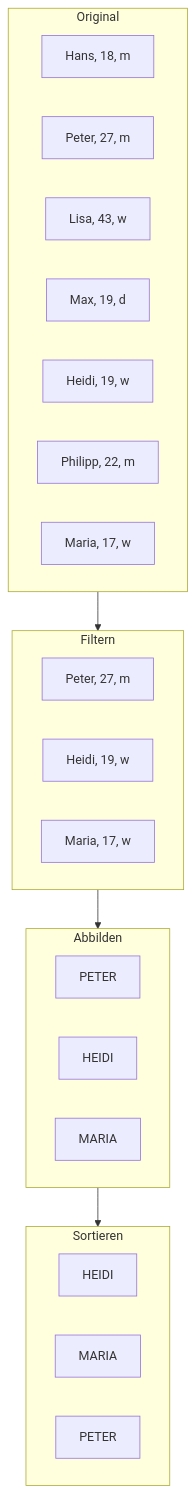
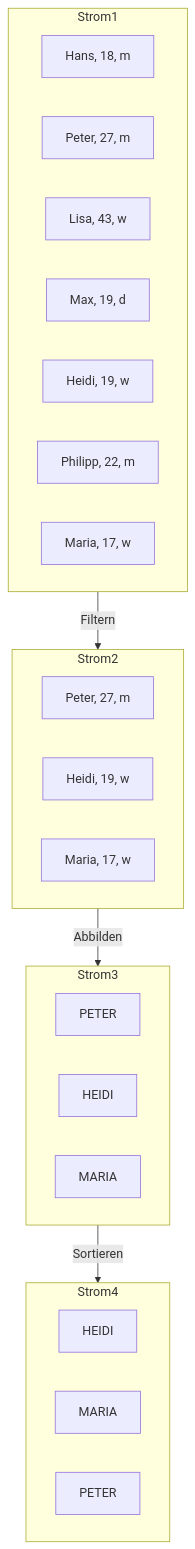
Before and after one commit to jappuccini/java-docs: the diagram in docs/documentation/java-stream-api.md, drawn with Mermaid.

````diff
--- a/docs/documentation/java-stream-api.md
+++ b/docs/documentation/java-stream-api.md
@@ -12,31 +12,31 @@
 ```mermaid
 flowchart TD
-    Original --> Filtern
-    Filtern --> Abbilden
-    Abbilden --> Sortieren
+    Strom1 -->|Filtern| Strom2
+    Strom2 -->|Abbilden| Strom3
+    Strom3 -->|Sortieren| Strom4
 
-    subgraph Original
+    subgraph Strom1
         hans[Hans, 18, m]
         peter[Peter, 27, m]
         lisa[Lisa, 43, w]
         max[Max, 19, d]
         heidi[Heidi, 19, w]
         philipp[Philipp, 22, m]
         maria[Maria, 17, w]
     end
-    subgraph Filtern
+    subgraph Strom2
         peter2[Peter, 27, m]
         heidi2[Heidi, 19, w]
         maria2[Maria, 17, w]
     end
-    subgraph Abbilden
+    subgraph Strom3
         peter3[PETER]
         heidi3[HEIDI]
         maria3[MARIA]
     end
-    subgraph Sortieren
+    subgraph Strom4
         heidi4[HEIDI]
         maria4[MARIA]
         peter4[PETER]
     end
 ```
````
